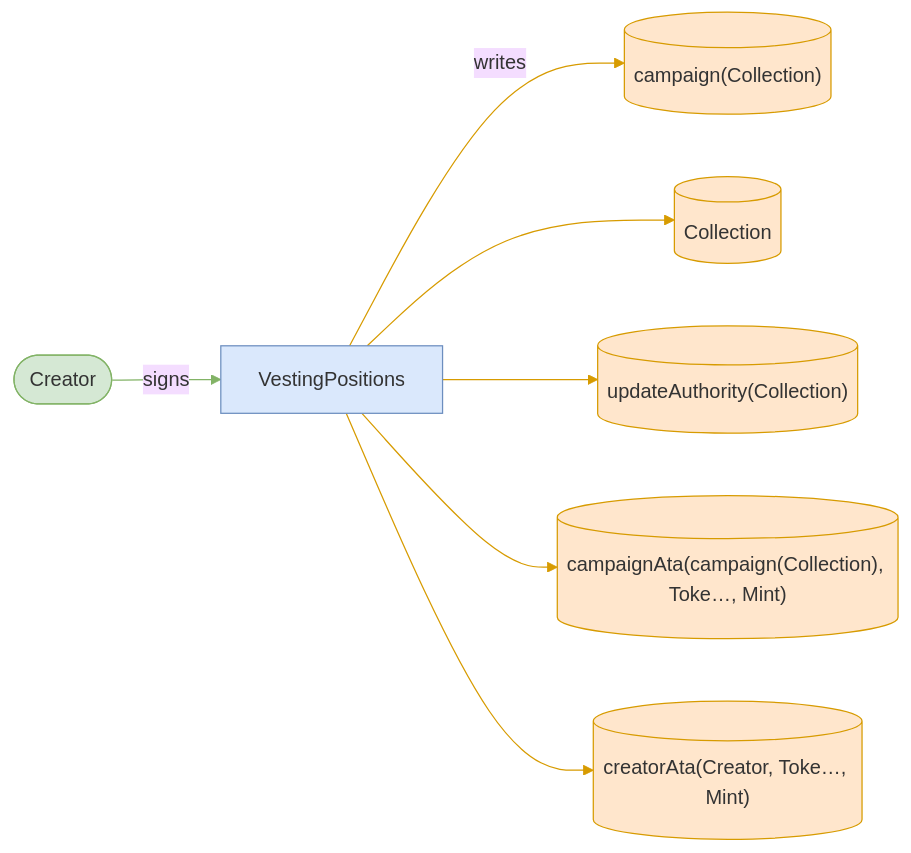
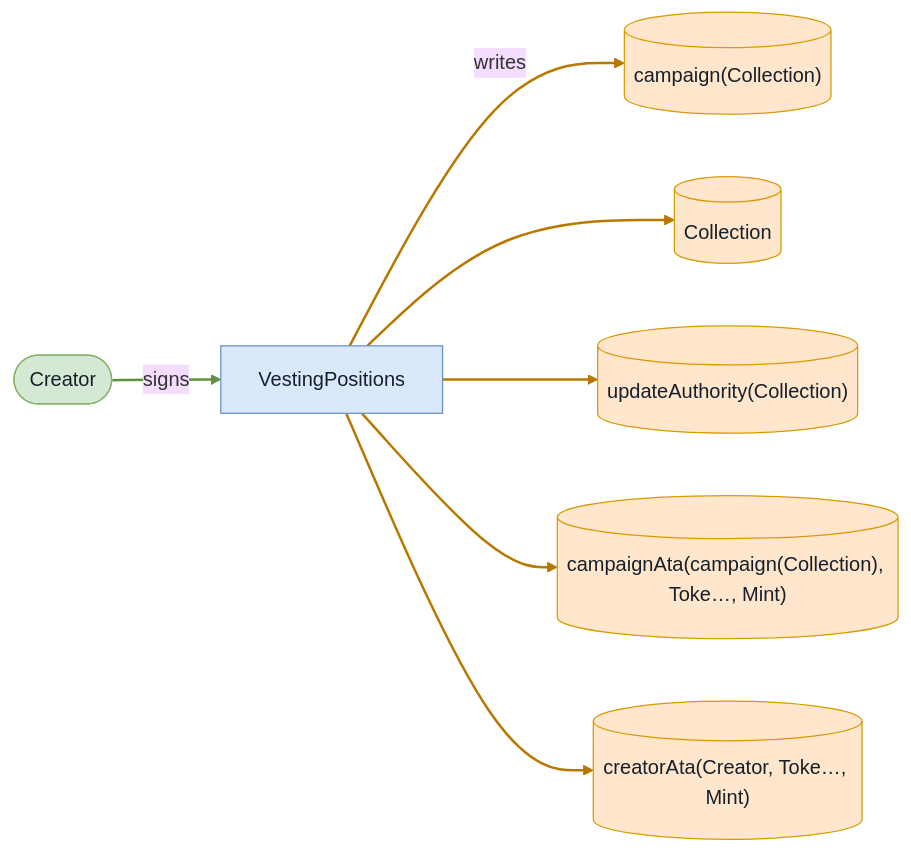
The eighth of 9 diagrams in babelfish-tests/test-report/cancel_campaign_fails_after_first_claim.md (cds-turbin3/vesting-position), drawn with Mermaid (base theme) before and after one commit. The commit also changed other lines of this file and 106 other files, not shown here.

````diff
--- a/babelfish-tests/test-report/cancel_campaign_fails_after_first_claim.md
+++ b/babelfish-tests/test-report/cancel_campaign_fails_after_first_claim.md
@@ -392,21 +390,21 @@
 ```mermaid
 flowchart LR
     VestingPositions["VestingPositions"]:::program
     Creator(["Creator"]):::signer
     campaignCollection[("campaign(Collection)")]:::state
     Collection[("Collection")]:::state
     updateAuthorityCollection[("updateAuthority(Collection)")]:::state
     campaignAtacampaignCollectionTokeMint[("campaignAta(campaign(Collection), Toke…, Mint)")]:::state
     creatorAtaCreatorTokeMint[("creatorAta(Creator, Toke…, Mint)")]:::state
     Creator -->|signs| VestingPositions
     VestingPositions -->|writes| campaignCollection
     VestingPositions --> Collection
     VestingPositions --> updateAuthorityCollection
     VestingPositions --> campaignAtacampaignCollectionTokeMint
     VestingPositions --> creatorAtaCreatorTokeMint
-    classDef program fill:#dae8fc,stroke:#6c8ebf;
-    classDef signer fill:#d5e8d4,stroke:#82b366;
-    classDef state fill:#ffe6cc,stroke:#d79b00;
-    linkStyle 0 stroke:#82b366
-    linkStyle 1,2,3,4,5 stroke:#d79b00
+    classDef program fill:#dae8fc,stroke:#6c8ebf,color:#17202a;
+    classDef signer fill:#d5e8d4,stroke:#82b366,color:#17202a;
+    classDef state fill:#ffe6cc,stroke:#d79b00,color:#17202a;
+    linkStyle 0 stroke:#5f913f,stroke-width:2px
+    linkStyle 1,2,3,4,5 stroke:#b87800,stroke-width:2px
 ```
````
